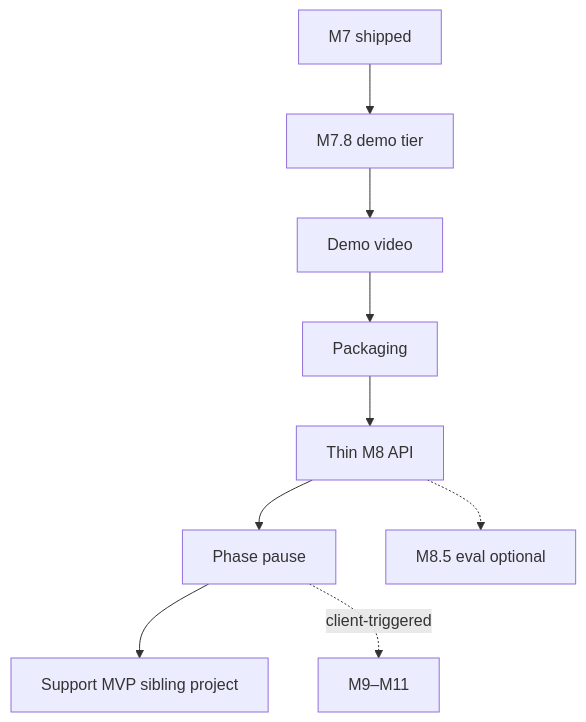
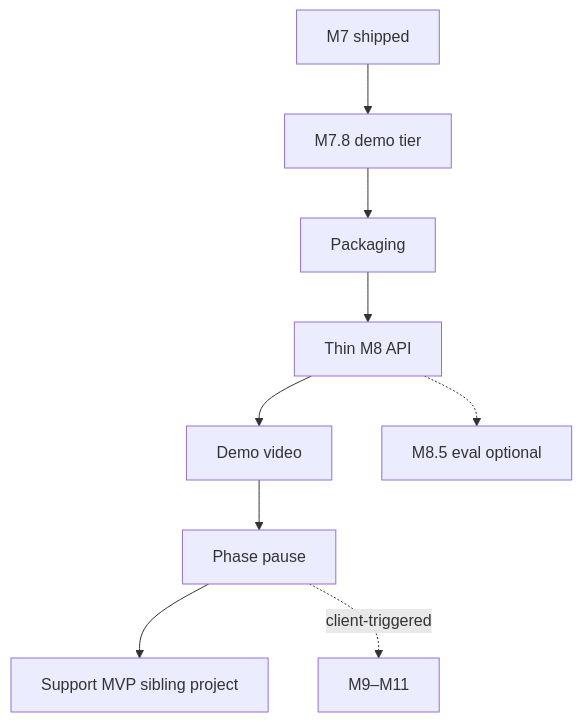
Before and after one commit to RoxanaTapia/ai-doc-to-chat-pipeline: the diagram in docs/operators/ROADMAP.md, drawn with Mermaid. The commit also changed other lines of this file and 7 other files, not shown here.

First line of the commit message:
docs: put demo video last; packaging soft pass before M8

````diff
--- a/docs/operators/ROADMAP.md
+++ b/docs/operators/ROADMAP.md
@@ -64,11 +65,11 @@
 ```mermaid
 flowchart TD
   M7[M7 shipped] --> M78[M7.8 demo tier]
-  M78 --> V[Demo video]
-  V --> P[Packaging]
+  M78 --> P[Packaging]
   P --> M8[Thin M8 API]
-  M8 --> Pause[Phase pause]
+  M8 --> V[Demo video]
+  V --> Pause[Phase pause]
   Pause --> Support[Support MVP sibling project]
   M8 -.-> M85[M8.5 eval optional]
   Pause -.->|client-triggered| M9[M9–M11]
 ```
````
